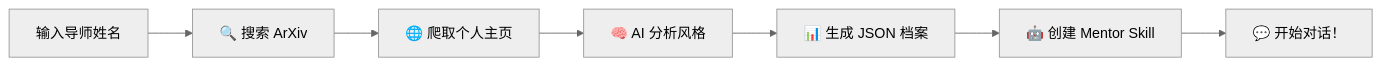
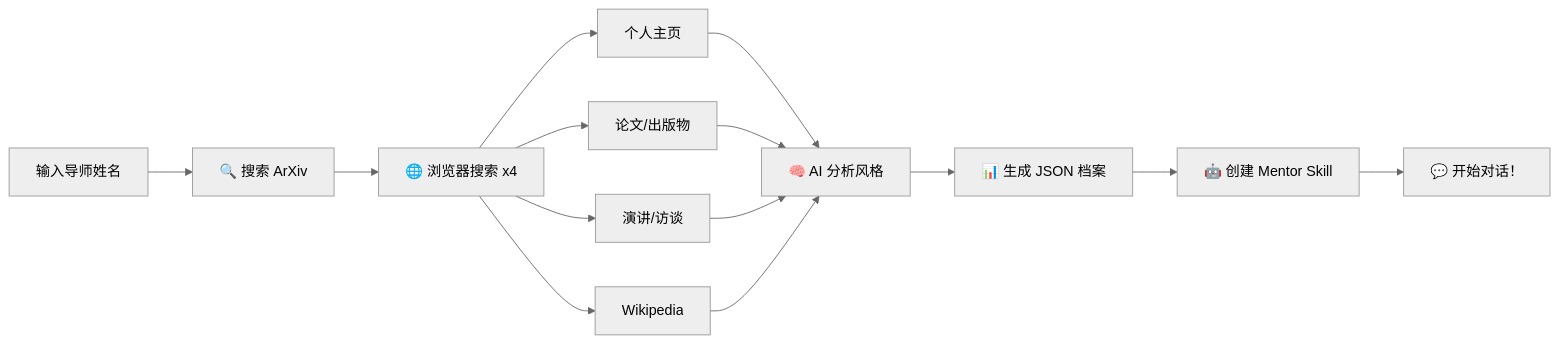
The diagram in README.md (ybq22/supervisor), drawn with Mermaid (neutral theme) before and after one commit. The commit also changed other lines of this file and 9 other files, not shown here.

````diff
--- a/README.md
+++ b/README.md
@@ -123,9 +135,16 @@
 ```mermaid
 graph LR
     A[输入导师姓名] --> B[🔍 搜索 ArXiv]
-    B --> C[🌐 爬取个人主页]
-    C --> D[🧠 AI 分析风格]
+    B --> C[🌐 浏览器搜索 x4]
+    C --> C1[个人主页]
+    C --> C2[论文/出版物]
+    C --> C3[演讲/访谈]
+    C --> C4[Wikipedia]
+    C1 --> D[🧠 AI 分析风格]
+    C2 --> D
+    C3 --> D
+    C4 --> D
     D --> E[📊 生成 JSON 档案]
     E --> F[🤖 创建 Mentor Skill]
     F --> G[💬 开始对话！]
 ```
````
